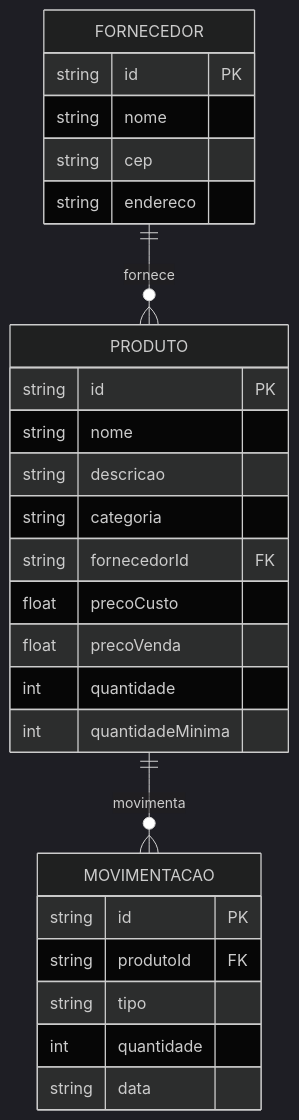
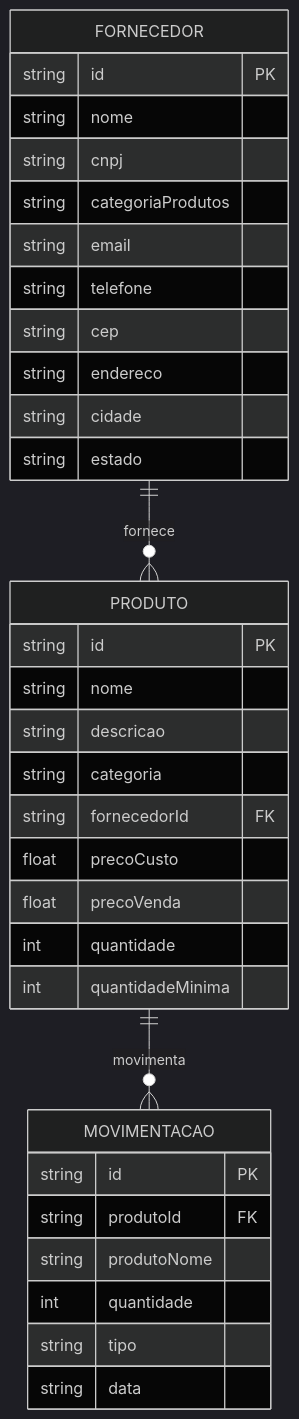
The diagram in docs/spec.md (alissonst-dev/controle-de-recursos-empresarias), drawn with Mermaid (dark theme) before and after one commit. The commit also changed other lines of this file, not shown here.

````diff
--- a/docs/spec.md
+++ b/docs/spec.md
@@ -9,33 +9,40 @@
 ```mermaid
 erDiagram
 
 FORNECEDOR ||--o{ PRODUTO : fornece
 PRODUTO ||--o{ MOVIMENTACAO : movimenta
 
 FORNECEDOR {
     string id PK
     string nome
+    string cnpj
+    string categoriaProdutos
+    string email
+    string telefone
     string cep
     string endereco
+    string cidade
+    string estado
 }
 
 PRODUTO {
     string id PK
     string nome
     string descricao
     string categoria
     string fornecedorId FK
     float precoCusto
     float precoVenda
     int quantidade
     int quantidadeMinima
 }
 
 MOVIMENTACAO {
     string id PK
     string produtoId FK
+    string produtoNome
+    int quantidade
     string tipo
-    int quantidade
     string data
 }
 ```
````
